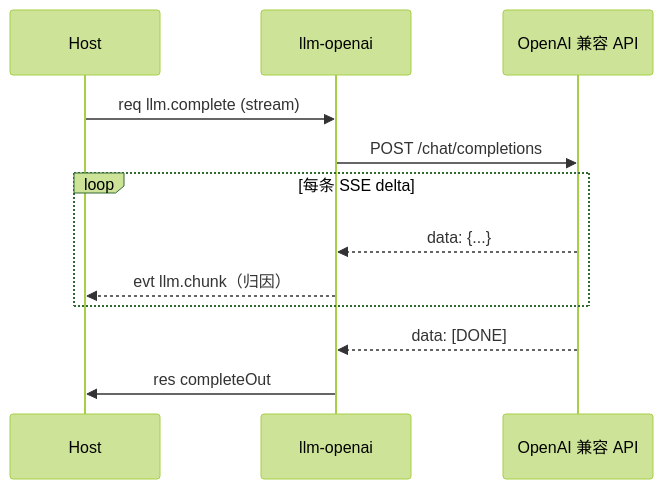
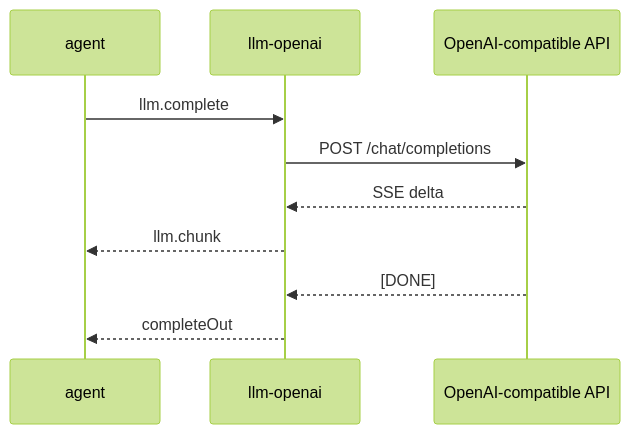
The diagram in plugins/llm-openai/communication.md (Alphazer01214/my-go-lite-agent), drawn with Mermaid (forest theme) before and after one commit. The commit also changed other lines of this file and 118 other files, not shown here.

````diff
--- a/plugins/llm-openai/communication.md
+++ b/plugins/llm-openai/communication.md
@@ -79,14 +182,12 @@
 ```mermaid
 sequenceDiagram
-    participant H as Host
+    participant A as agent
     participant L as llm-openai
-    participant O as OpenAI 兼容 API
-    H->>L: req llm.complete (stream)
-    L->>O: POST /chat/completions
-    loop 每条 SSE delta
-        O-->>L: data: {...}
-        L-->>H: evt llm.chunk（归因）
-    end
-    O-->>L: data: [DONE]
-    L->>H: res completeOut
+    participant U as OpenAI-compatible API
+    A->>L: llm.complete
+    L->>U: POST /chat/completions
+    U-->>L: SSE delta
+    L-->>A: llm.chunk
+    U-->>L: [DONE]
+    L-->>A: completeOut
 ```
````
